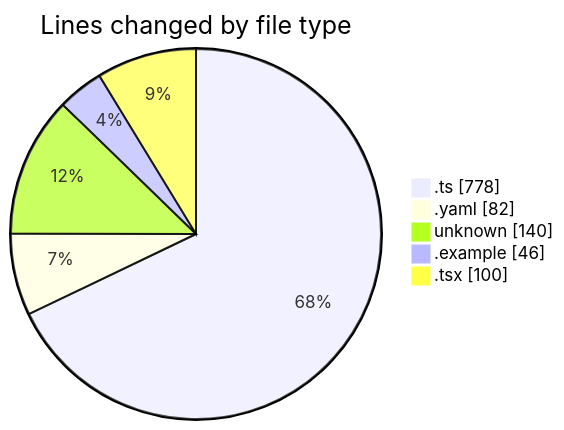
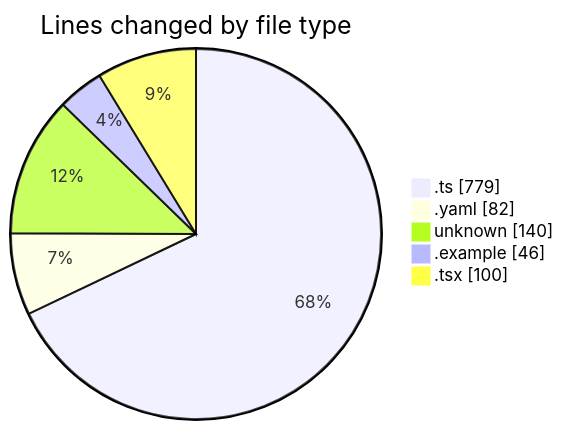
Before and after one commit to mevix1/code-tracking: the first of 2 diagrams in 2025-10-01/open-health/README.md, drawn with Mermaid. The commit also changed other lines of this file and 1 other file, not shown here.

````diff
--- a/2025-10-01/open-health/README.md
+++ b/2025-10-01/open-health/README.md
@@ -29,9 +29,9 @@
 ```mermaid
 pie showData
 title Lines changed by file type
-".ts" : 778
+".ts" : 779
 ".yaml" : 82
 "unknown" : 140
 ".example" : 46
 ".tsx" : 100
 ```
````
